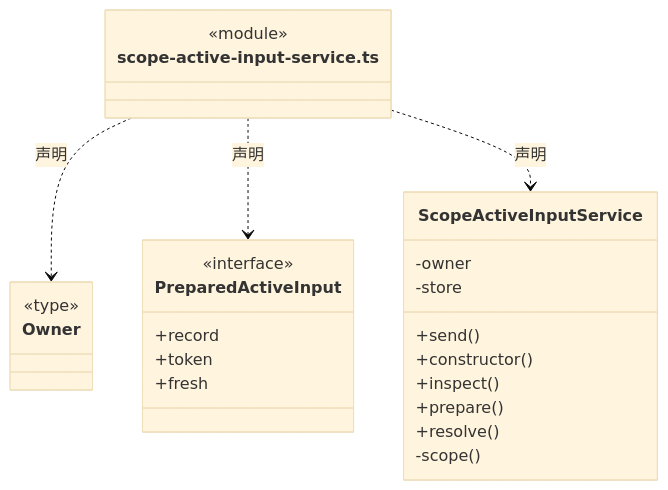
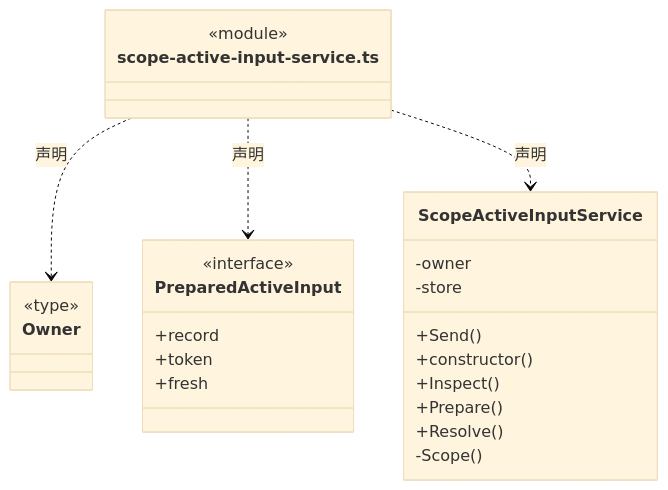
The ninth of 25 diagrams in src/logic/tasks/runtime/ARCHITECTURE.md (nan023062/cbim), drawn with Mermaid (base theme) before and after one commit. The commit also changed other lines of this file and 1035 other files, not shown here.

````diff
--- a/src/logic/tasks/runtime/ARCHITECTURE.md
+++ b/src/logic/tasks/runtime/ARCHITECTURE.md
@@ -190,29 +190,29 @@
 ```mermaid
 classDiagram
 class N_src_logic_tasks_runtime_scope_active_input_service_ts["scope-active-input-service.ts"] {
   <<module>>
 }
 class N_src_logic_tasks_runtime_scope_active_input_service_ts_Owner["Owner"] {
   <<type>>
 
 }
 N_src_logic_tasks_runtime_scope_active_input_service_ts ..> N_src_logic_tasks_runtime_scope_active_input_service_ts_Owner : 声明
 class N_src_logic_tasks_runtime_scope_active_input_service_ts_PreparedActiveInput["PreparedActiveInput"] {
   <<interface>>
   +record
   +token
   +fresh
 }
 N_src_logic_tasks_runtime_scope_active_input_service_ts ..> N_src_logic_tasks_runtime_scope_active_input_service_ts_PreparedActiveInput : 声明
 class N_src_logic_tasks_runtime_scope_active_input_service_ts_ScopeActiveInputService["ScopeActiveInputService"] {
-  +send()
+  +Send()
   +constructor()
-  +inspect()
-  +prepare()
-  +resolve()
+  +Inspect()
+  +Prepare()
+  +Resolve()
   -owner
   -store
-  -scope()
+  -Scope()
 }
 N_src_logic_tasks_runtime_scope_active_input_service_ts ..> N_src_logic_tasks_runtime_scope_active_input_service_ts_ScopeActiveInputService : 声明
 ```
````
